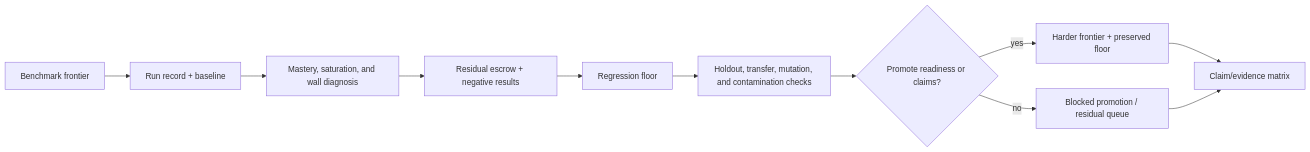
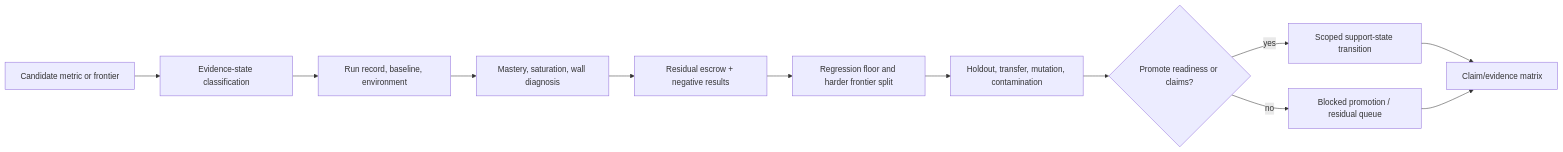
Before and after one commit to corbensorenson/asi-stack-book: the diagram in chapters/benchmark-ratchets-and-anti-goodhart-evidence.qmd, drawn with Mermaid. The commit also changed other lines of this file and 5 other files, not shown here.

````diff
--- a/chapters/benchmark-ratchets-and-anti-goodhart-evidence.qmd
+++ b/chapters/benchmark-ratchets-and-anti-goodhart-evidence.qmd
@@ -103,13 +105,14 @@
 ```{mermaid}
 flowchart LR
-  A["Benchmark frontier"] --> B["Run record + baseline"]
-  B --> C["Mastery, saturation, and wall diagnosis"]
-  C --> D["Residual escrow + negative results"]
-  D --> E["Regression floor"]
-  E --> F["Holdout, transfer, mutation, and contamination checks"]
-  F --> G{"Promote readiness or claims?"}
-  G -- "yes" --> H["Harder frontier + preserved floor"]
-  G -- "no" --> I["Blocked promotion / residual queue"]
-  H --> J["Claim/evidence matrix"]
-  I --> J
+  A["Candidate metric or frontier"] --> B["Evidence-state classification"]
+  B --> C["Run record, baseline, environment"]
+  C --> D["Mastery, saturation, wall diagnosis"]
+  D --> E["Residual escrow + negative results"]
+  E --> F["Regression floor and harder frontier split"]
+  F --> G["Holdout, transfer, mutation, contamination"]
+  G --> H{"Promote readiness or claims?"}
+  H -- "yes" --> I["Scoped support-state transition"]
+  H -- "no" --> J["Blocked promotion / residual queue"]
+  I --> K["Claim/evidence matrix"]
+  J --> K
 ```
````
